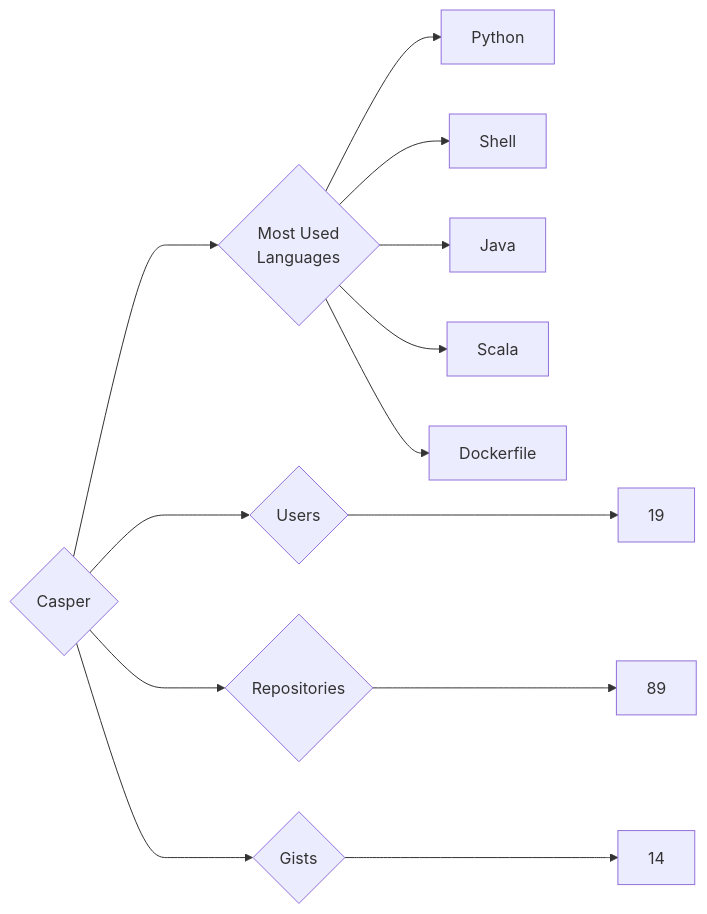
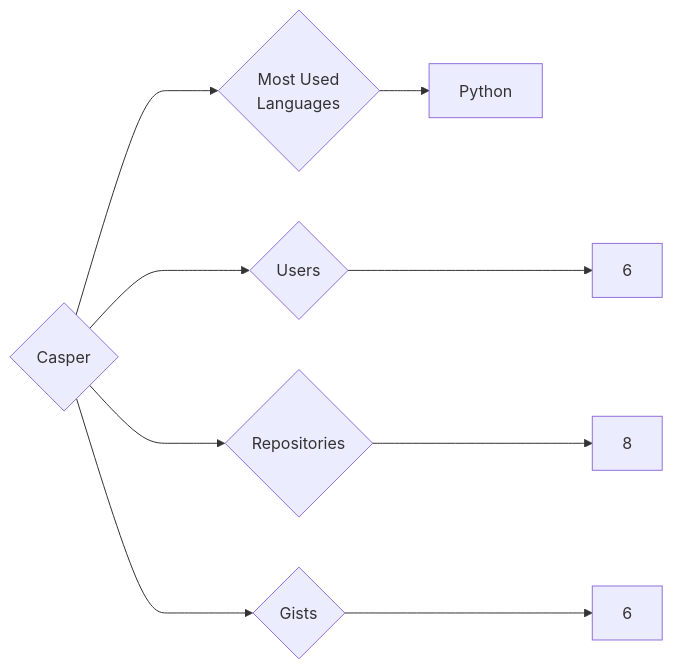
The diagram in targets/Casper/README.md (trickest/insiders), drawn with Mermaid before and after one commit. The commit also changed 912 other files, not shown here.

````diff
--- a/targets/Casper/README.md
+++ b/targets/Casper/README.md
@@ -3,13 +3,9 @@
 ```mermaid
 graph LR
 COMPANY_NAME{Casper}
-COMPANY_NAME ---> U{Users} ---> UN[19]
-COMPANY_NAME ---> R{Repositories} ---> RN[89]
-COMPANY_NAME ---> G{Gists} ---> GN[14]
+COMPANY_NAME ---> U{Users} ---> UN[6]
+COMPANY_NAME ---> R{Repositories} ---> RN[8]
+COMPANY_NAME ---> G{Gists} ---> GN[6]
 COMPANY_NAME ---> ML{Most Used<br>Languages}
 ML --> Python[Python]
-ML --> Shell[Shell]
-ML --> Java[Java]
-ML --> Scala[Scala]
-ML --> Dockerfile[Dockerfile]
 ```
````
